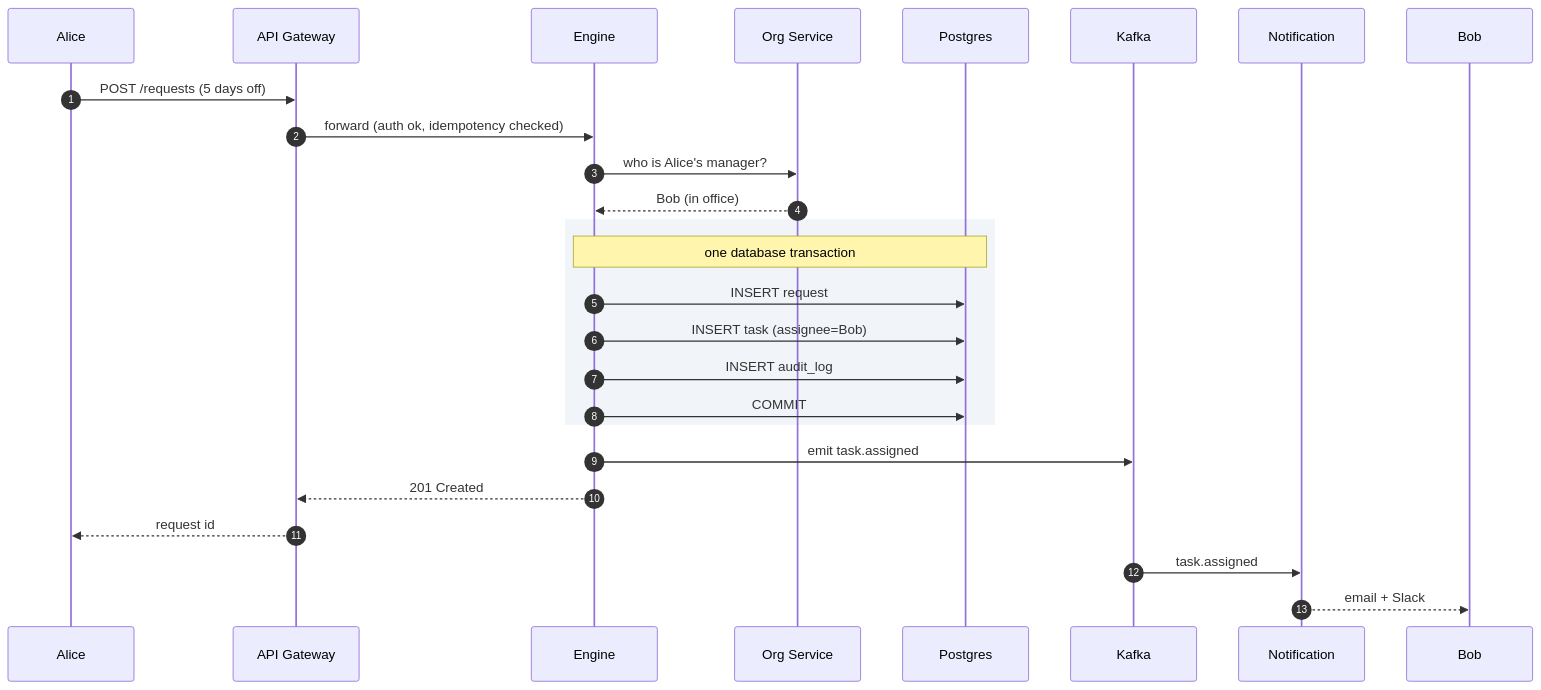
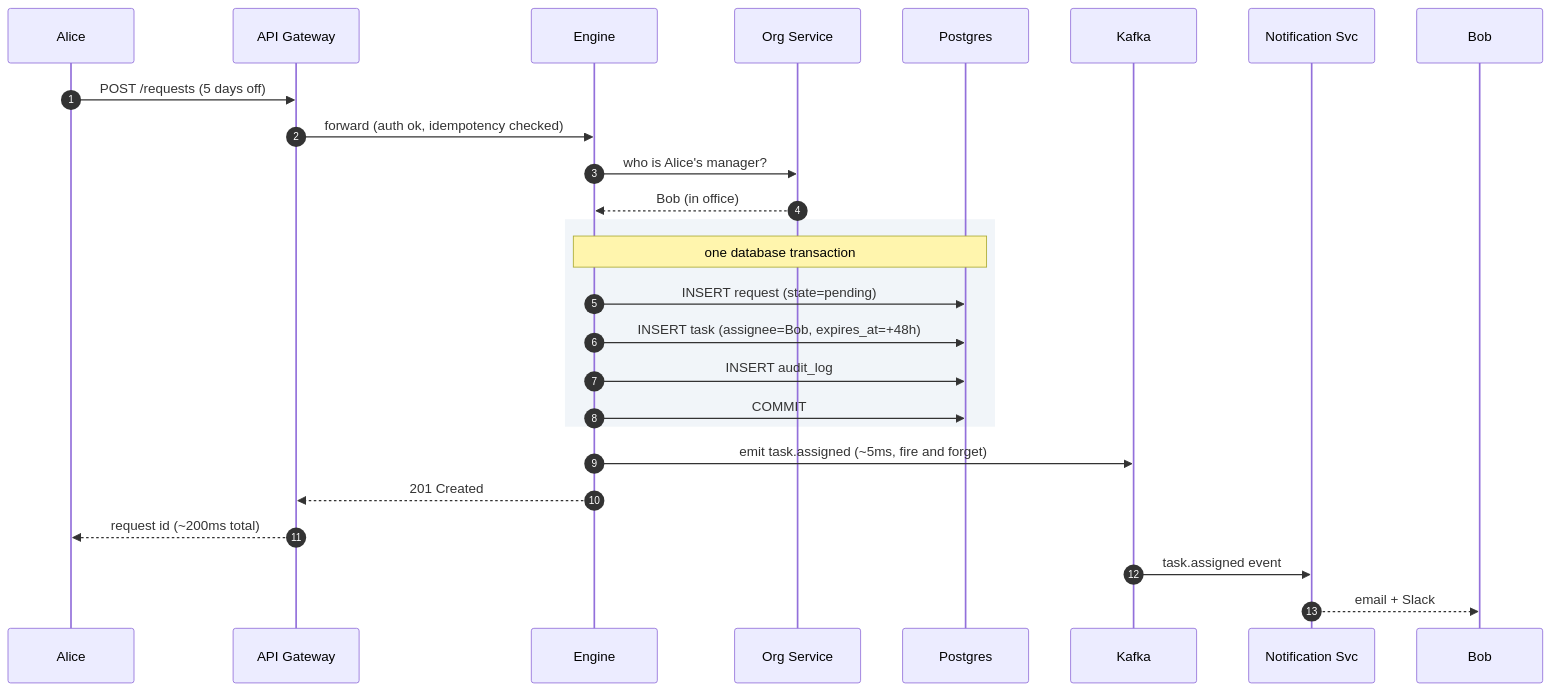
Diagram 11 of 12 in problems/011-approval-management/question.md (shiningflash/system-design), drawn with Mermaid before and after one commit. The commit also changed other lines of this file and 37 other files, not shown here.

````diff
--- a/problems/011-approval-management/question.md
+++ b/problems/011-approval-management/question.md
@@ -358,31 +494,31 @@
 ```mermaid
 sequenceDiagram
     autonumber
     participant Alice
     participant GW as API Gateway
     participant E as Engine
     participant O as Org Service
     participant DB as Postgres
     participant K as Kafka
-    participant N as Notification
+    participant N as Notification Svc
 
     Alice->>GW: POST /requests (5 days off)
     GW->>E: forward (auth ok, idempotency checked)
     E->>O: who is Alice's manager?
     O-->>E: Bob (in office)
 
     rect rgb(241, 245, 249)
         Note over E,DB: one database transaction
-        E->>DB: INSERT request
-        E->>DB: INSERT task (assignee=Bob)
+        E->>DB: INSERT request (state=pending)
+        E->>DB: INSERT task (assignee=Bob, expires_at=+48h)
         E->>DB: INSERT audit_log
         E->>DB: COMMIT
     end
 
-    E->>K: emit task.assigned
+    E->>K: emit task.assigned (~5ms, fire and forget)
     E-->>GW: 201 Created
-    GW-->>Alice: request id
+    GW-->>Alice: request id (~200ms total)
 
-    K->>N: task.assigned
+    K->>N: task.assigned event
     N-->>Bob: email + Slack
 ```
````
